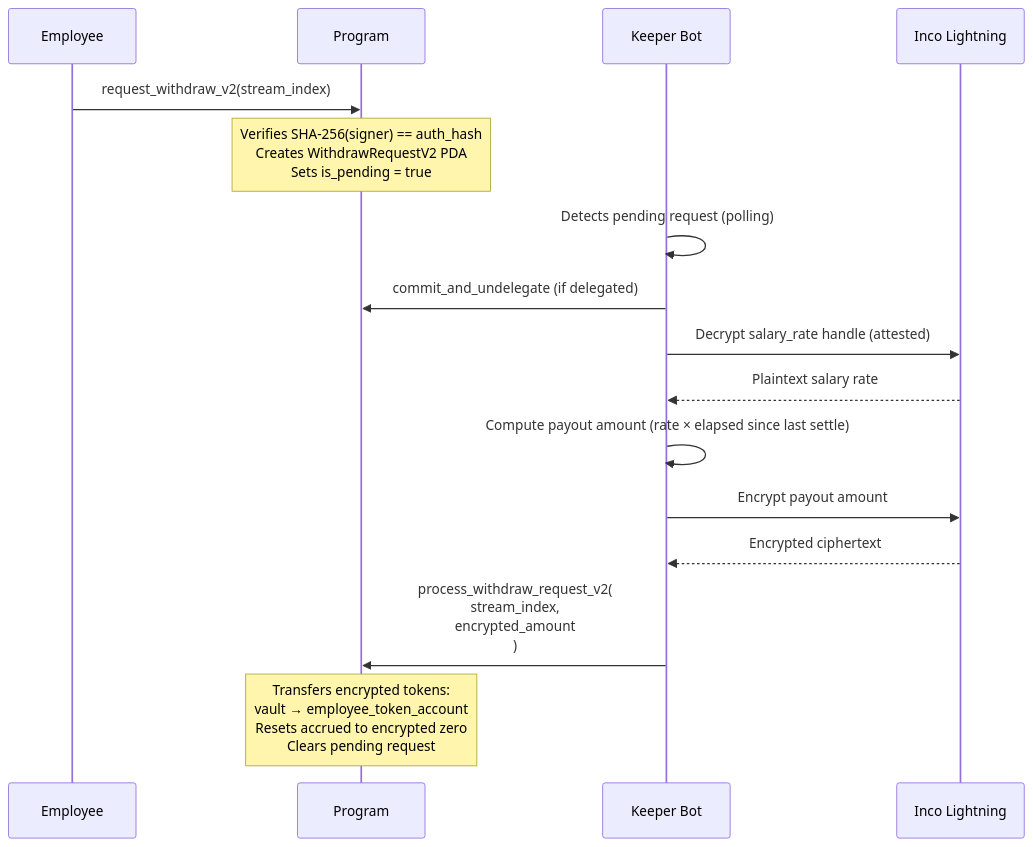
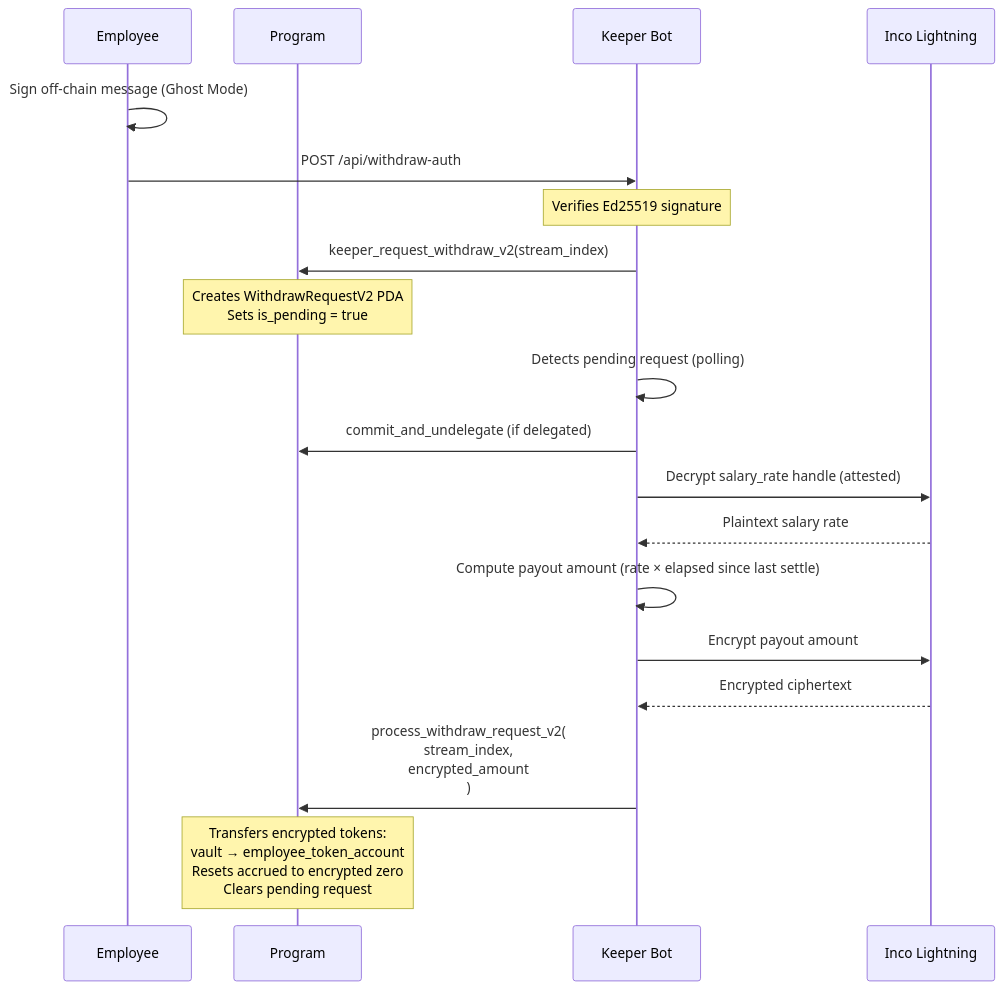
The fifth of 6 diagrams in docs/HOW_IT_WORKS.md (shumhn/Expensee), drawn with Mermaid before and after one commit. The commit also changed other lines of this file and 6 other files, not shown here.

````diff
--- a/docs/HOW_IT_WORKS.md
+++ b/docs/HOW_IT_WORKS.md
@@ -152,21 +152,24 @@
 ```mermaid
 sequenceDiagram
     participant Emp as Employee
     participant P as Program
     participant K as Keeper Bot
     participant I as Inco Lightning
 
-    Emp->>P: request_withdraw_v2(stream_index)
-    Note over P: Verifies SHA-256(signer) == auth_hash<br/>Creates WithdrawRequestV2 PDA<br/>Sets is_pending = true
+    Emp->>Emp: Sign off-chain message (Ghost Mode)
+    Emp->>K: POST /api/withdraw-auth
+    Note over K: Verifies Ed25519 signature
+    K->>P: keeper_request_withdraw_v2(stream_index)
+    Note over P: Creates WithdrawRequestV2 PDA<br/>Sets is_pending = true
 
     K->>K: Detects pending request (polling)
     K->>P: commit_and_undelegate (if delegated)
     K->>I: Decrypt salary_rate handle (attested)
     I-->>K: Plaintext salary rate
     K->>K: Compute payout amount (rate × elapsed since last settle)
     K->>I: Encrypt payout amount
     I-->>K: Encrypted ciphertext
 
     K->>P: process_withdraw_request_v2(<br/>  stream_index,<br/>  encrypted_amount<br/>)
     Note over P: Transfers encrypted tokens:<br/>vault → employee_token_account<br/>Resets accrued to encrypted zero<br/>Clears pending request
 ```
````
